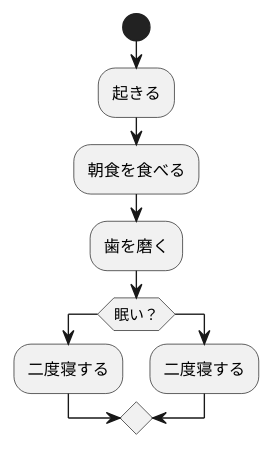
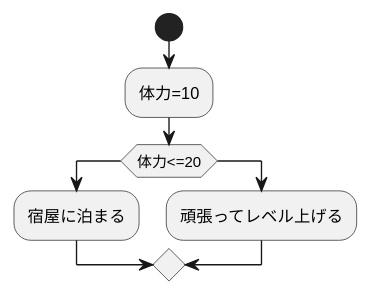
The diagram in kadai1.md (Aso2001378/2021sys-design), drawn with PlantUML before and after one commit.

````diff
--- a/kadai1.md
+++ b/kadai1.md
@@ -1,12 +1,11 @@
 ```uml
 @startuml
 start
-:起きる;
-:朝食を食べる;
-:歯を磨く;
-if(眠い？)
-:二度寝する;
+:体力=10;
+if(体力<=20)
+:宿屋に泊まる;
 else
-:二度寝する;
+:頑張ってレベル上げる;
+
 @enduml
 ```
````
